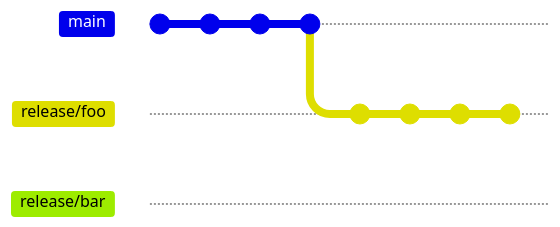
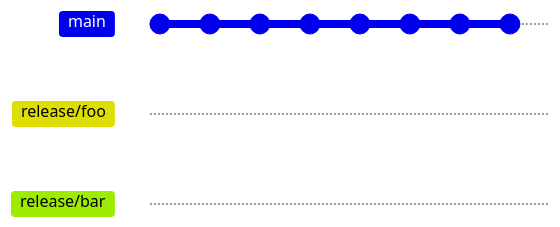
The first of 2 diagrams in docs/Git e GitHub/Branching e Merging.md (murilobeltrame/vsd-cloud-e-devops), drawn with Mermaid before and after one commit. Commit ids are hidden.

Commit message:
corrigindo grafico

````diff
--- a/docs/Git e GitHub/Branching e Merging.md
+++ b/docs/Git e GitHub/Branching e Merging.md
@@ -12,13 +12,15 @@
 ```mermaid
 gitGraph
     commit
     commit
     commit
     commit
     branch release/foo
+    checkout main
     commit
     commit
     commit
     commit
     branch release/bar
+    checkout main
 ```
````
